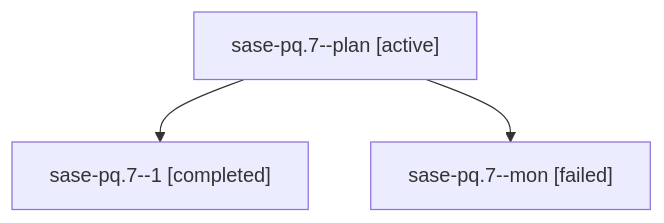
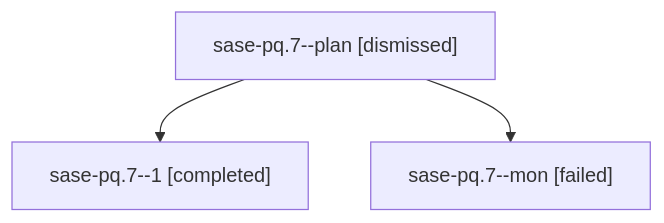
Before and after one commit to sase-org/sase--agents: the diagram in sessions/bbugyi200.athena.sase-pq.7.md, drawn with Mermaid. The commit also changed other lines of this file and 133 other files, not shown here.

````diff
--- a/sessions/bbugyi200.athena.sase-pq.7.md
+++ b/sessions/bbugyi200.athena.sase-pq.7.md
@@ -9,8 +9,8 @@
 ```mermaid
 flowchart TD
-  n0["sase-pq.7--plan [active]"]
+  n0["sase-pq.7--plan [dismissed]"]
   n1["sase-pq.7--1 [completed]"]
   n0 --> n1
   n2["sase-pq.7--mon [failed]"]
   n0 --> n2
 ```
````
